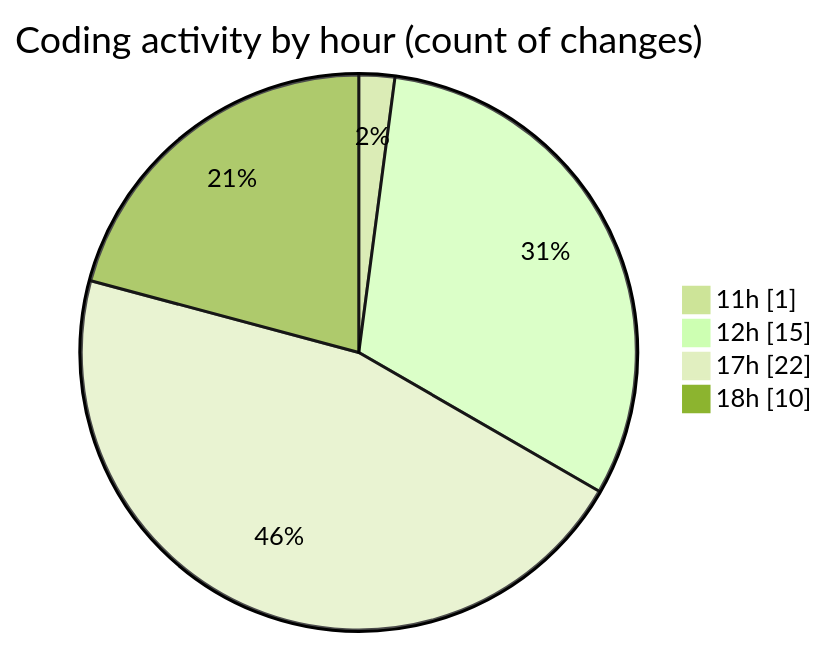
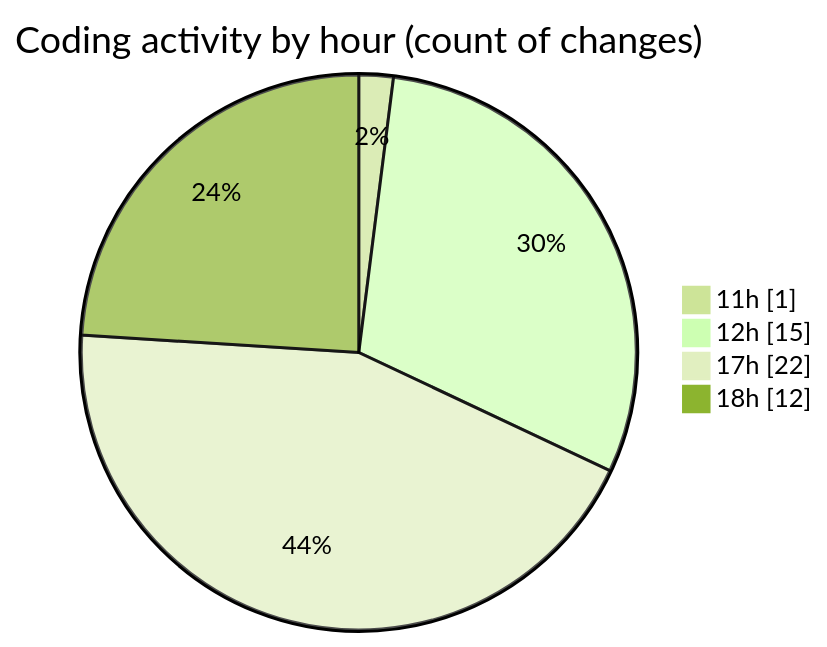
Before and after one commit to nxtqubesakshisongat/code-tracking: the second of 2 diagrams in 2025-09-04/nxtqube_webapp/README.md, drawn with Mermaid (forest theme). The commit also changed other lines of this file and 1 other file, not shown here.

````diff
--- a/2025-09-04/nxtqube_webapp/README.md
+++ b/2025-09-04/nxtqube_webapp/README.md
@@ -28,8 +28,8 @@
 ```mermaid
 pie showData
 title Coding activity by hour (count of changes)
 "11h" : 1
 "12h" : 15
 "17h" : 22
-"18h" : 10
+"18h" : 12
 ```
````
